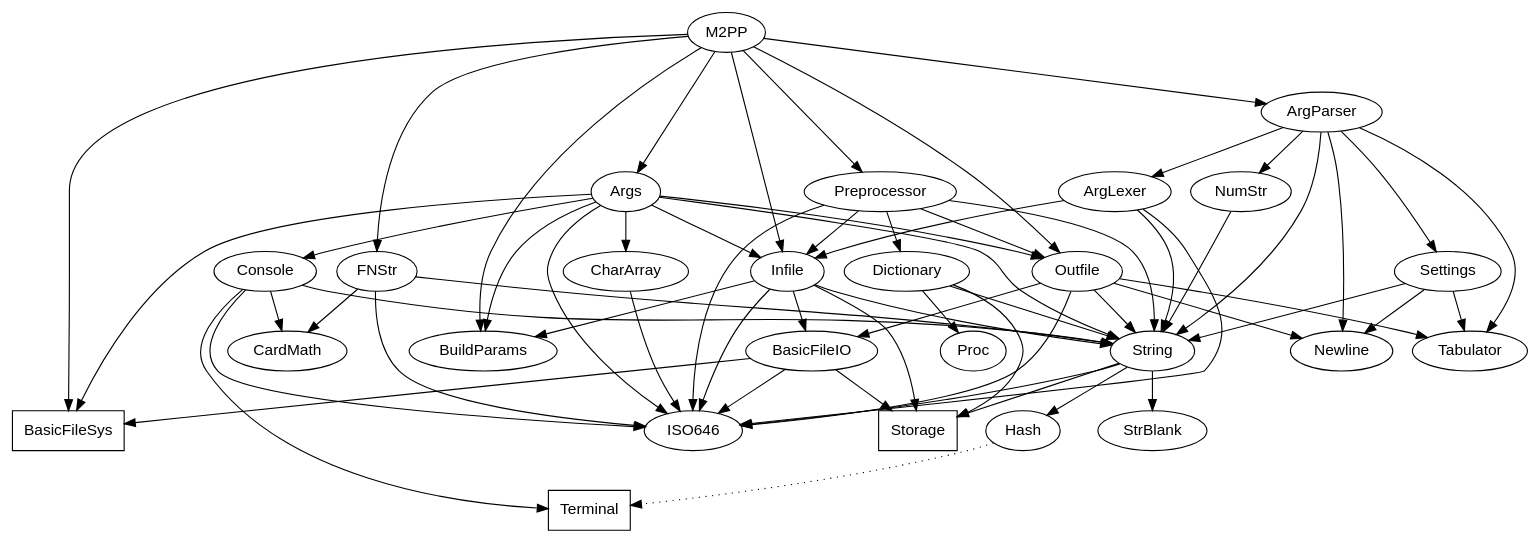
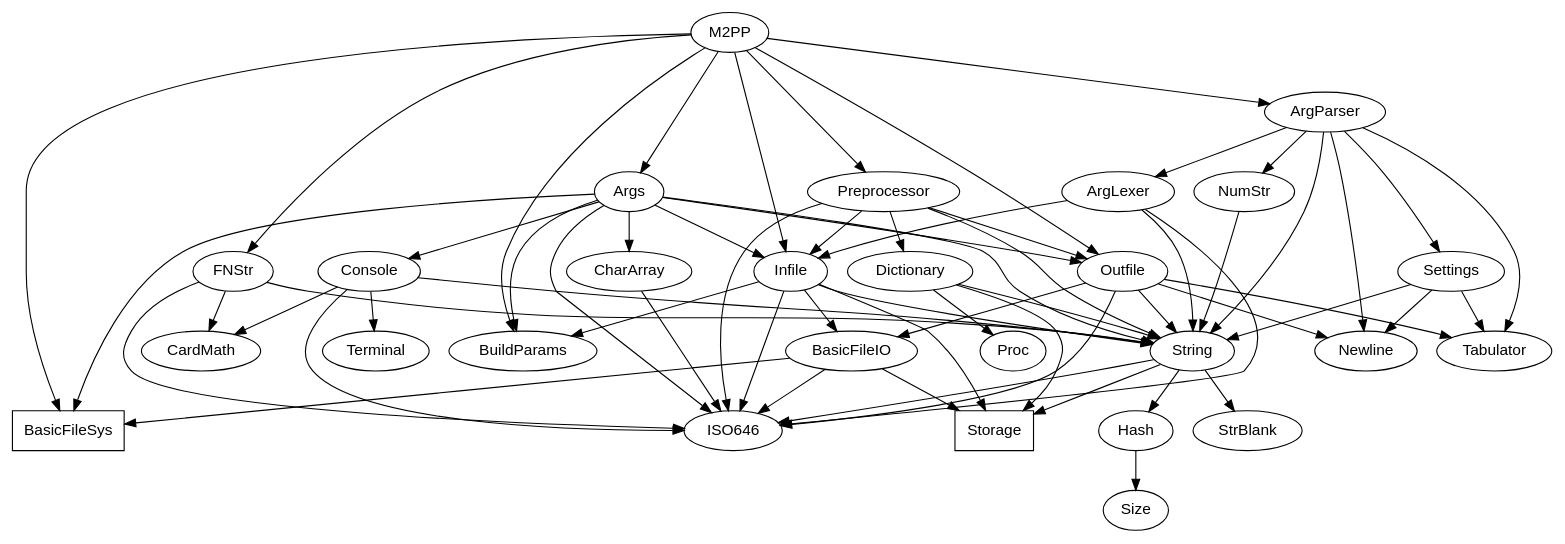
The diagram in M2PP.dep.dot (m2sf/M2PP-Module-Dependency-Graphs), drawn with Graphviz before and after one commit. The commit also changed 14 other files, not shown here.

```diff
--- a/M2PP.dep.dot
+++ b/M2PP.dep.dot
@@ -1,92 +1,90 @@
 digraph M2PPDep {
   node [fontname=helvetica];
 
   M2PP -> {
     Args ArgParser BuildParams BasicFileSys FNStr Infile Outfile Preprocessor
   };
   
   Args -> {
     BuildParams CharArray Console BasicFileSys Infile ISO646 Outfile String
   };
   
   BuildParams; /* no dependencies */
   
   CharArray -> {
     ISO646
   };
   
   ISO646; /* no dependencies */
   
   Console -> {
     CardMath ISO646 String Terminal
   };
   
   CardMath; /* no dependencies */
   
   String -> {
     Hash ISO646 Storage StrBlank
   };
   
-  edge [style=dotted];
   Hash -> {
-    Terminal
+    Size
   };
-  edge [style=none];
   
-  Terminal [shape=box]; /* stdlib */
+  Size; /* no dependencies */
   
   Storage [shape=box]; /* stdlib */
   
   StrBlank; /* no dependencies */  
   
   BasicFileSys [shape=box];
   
   Infile -> {
     BasicFileIO BuildParams ISO646 Storage String
   };
   
   BasicFileIO -> {
     BasicFileSys ISO646 Storage
   };
   
   Outfile -> {
     BasicFileIO ISO646 Newline String Tabulator
   };
   
   Newline; /* no dependencies */  
   
   Tabulator; /* no dependencies */  
   
   ArgParser -> {
     ArgLexer Newline NumStr Settings String Tabulator
   };
   
   ArgLexer -> {
     Infile ISO646 String
   };
     
   NumStr -> {
     String
   };
     
   Settings -> {
     String Newline Tabulator
   };
   
   FNStr -> {
     CardMath ISO646 String
   };
   
   CardMath; /* no dependencies */
   
   Preprocessor -> {
     Dictionary Infile ISO646 Outfile String
   };
   
   Dictionary -> {
     Proc Storage String
   };
   
   Proc; /* no dependencies */
   
 } /* M2PPDep */
```
